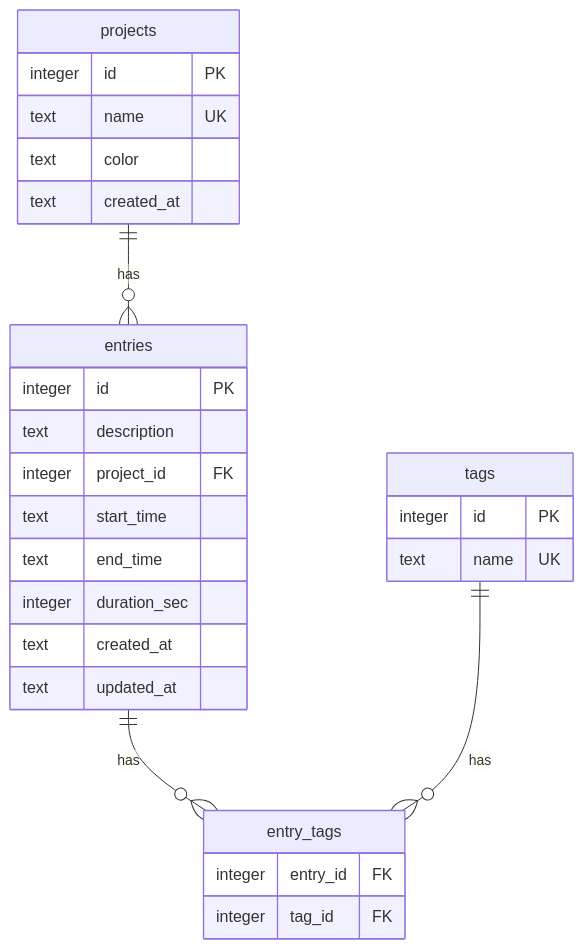
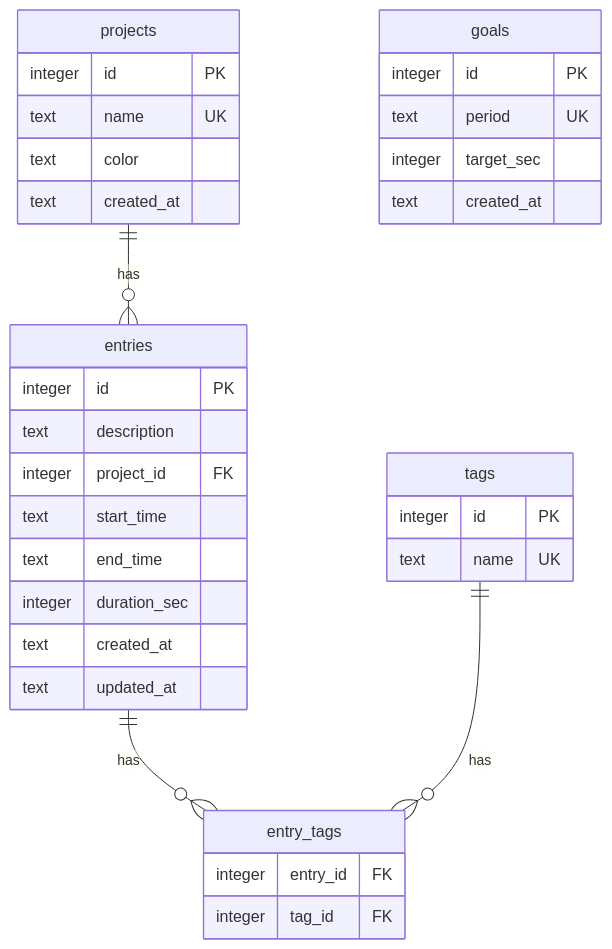
One commit to infinith4/dev-time-tracker changed the diagram in README.md. Above: the diagram before and after it, drawn with Mermaid. The commit also changed other lines of this file and 15 other files, not shown here.

````diff
--- a/README.md
+++ b/README.md
@@ -99,34 +111,41 @@
 ```mermaid
 erDiagram
     projects {
         integer id PK
         text name UK
         text color
         text created_at
     }
 
     entries {
         integer id PK
         text description
         integer project_id FK
         text start_time
         text end_time
         integer duration_sec
         text created_at
         text updated_at
     }
 
     tags {
         integer id PK
         text name UK
     }
 
     entry_tags {
         integer entry_id FK
         integer tag_id FK
     }
 
+    goals {
+        integer id PK
+        text period UK
+        integer target_sec
+        text created_at
+    }
+
     projects ||--o{ entries : "has"
     entries ||--o{ entry_tags : "has"
     tags ||--o{ entry_tags : "has"
 ```
````
